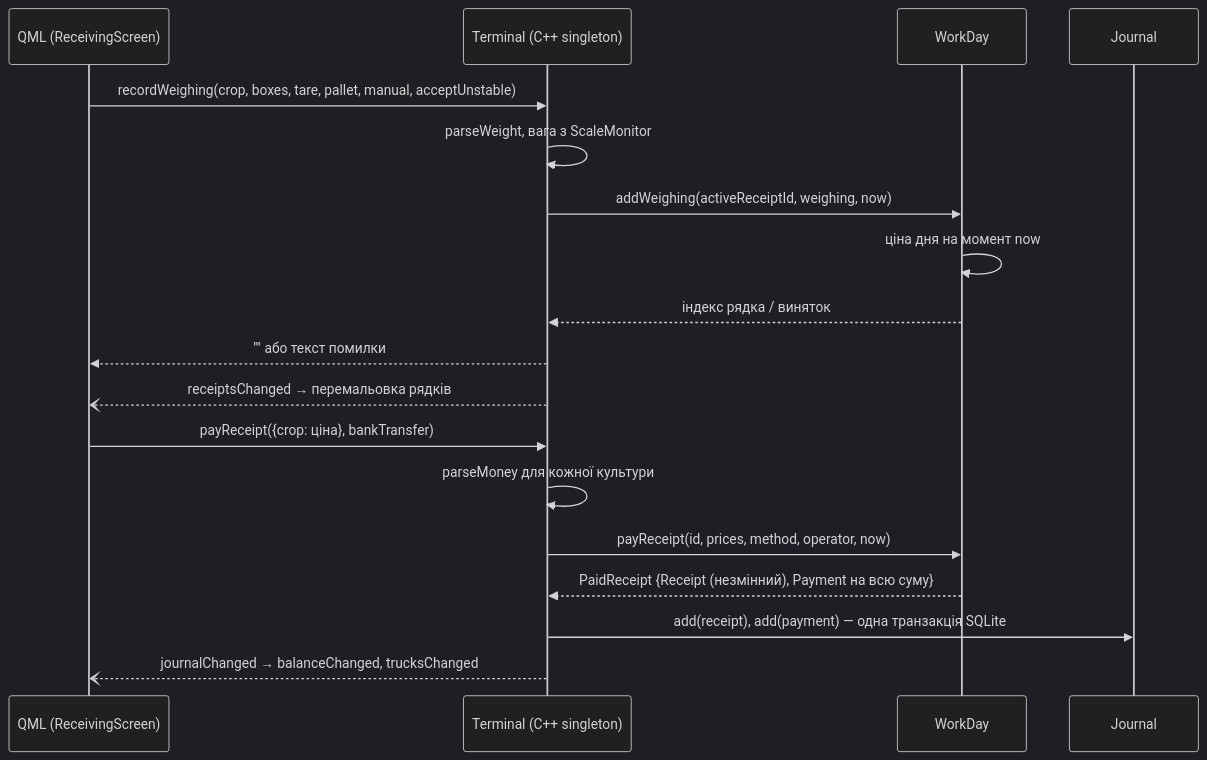
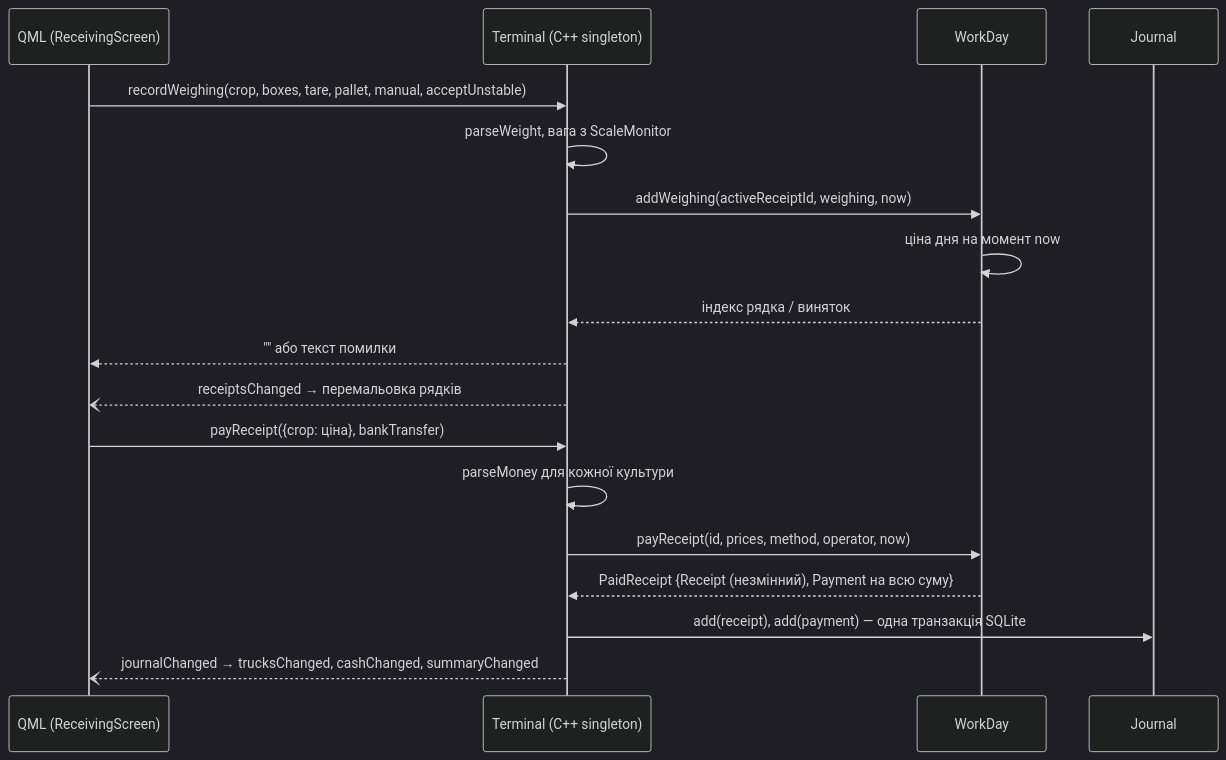
Before and after one commit to IsNazarii/Berry-WMS-Terminal: the third of 3 diagrams in docs/architecture.md, drawn with Mermaid (dark theme). The commit also changed other lines of this file and 5 other files, not shown here.

````diff
--- a/docs/architecture.md
+++ b/docs/architecture.md
@@ -151,22 +151,22 @@
 ```mermaid
 sequenceDiagram
     participant Q as QML (ReceivingScreen)
     participant T as Terminal (C++ singleton)
     participant W as WorkDay
     participant J as Journal
 
     Q->>T: recordWeighing(crop, boxes, tare, pallet, manual, acceptUnstable)
     T->>T: parseWeight, вага з ScaleMonitor
     T->>W: addWeighing(activeReceiptId, weighing, now)
     W->>W: ціна дня на момент now
     W-->>T: індекс рядка / виняток
     T-->>Q: "" або текст помилки
     T--)Q: receiptsChanged → перемальовка рядків
 
     Q->>T: payReceipt({crop: ціна}, bankTransfer)
     T->>T: parseMoney для кожної культури
     T->>W: payReceipt(id, prices, method, operator, now)
     W-->>T: PaidReceipt {Receipt (незмінний), Payment на всю суму}
     T->>J: add(receipt), add(payment) — одна транзакція SQLite
-    T--)Q: journalChanged → balanceChanged, trucksChanged
+    T--)Q: journalChanged → trucksChanged, cashChanged, summaryChanged
 ```
````
